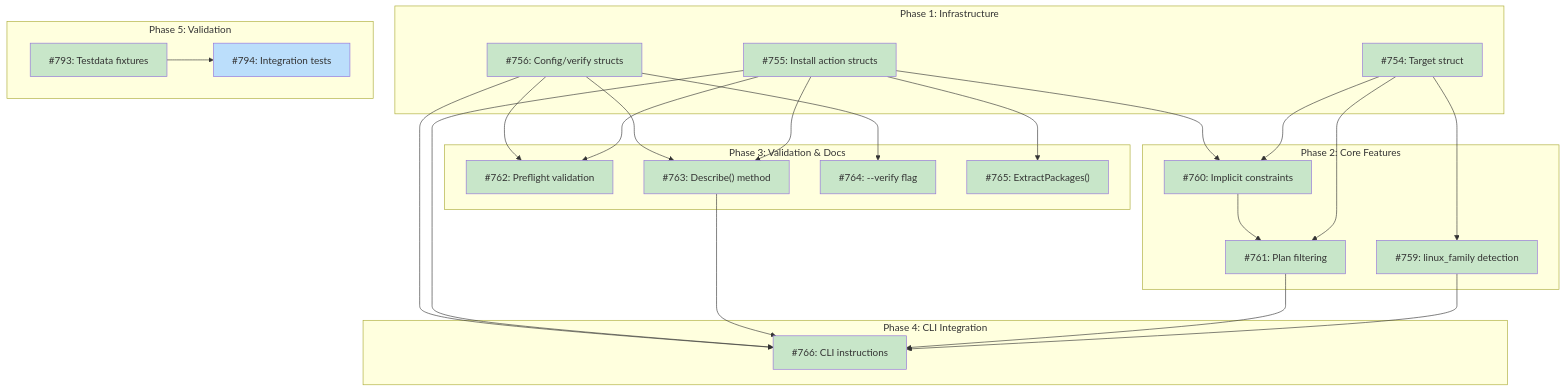
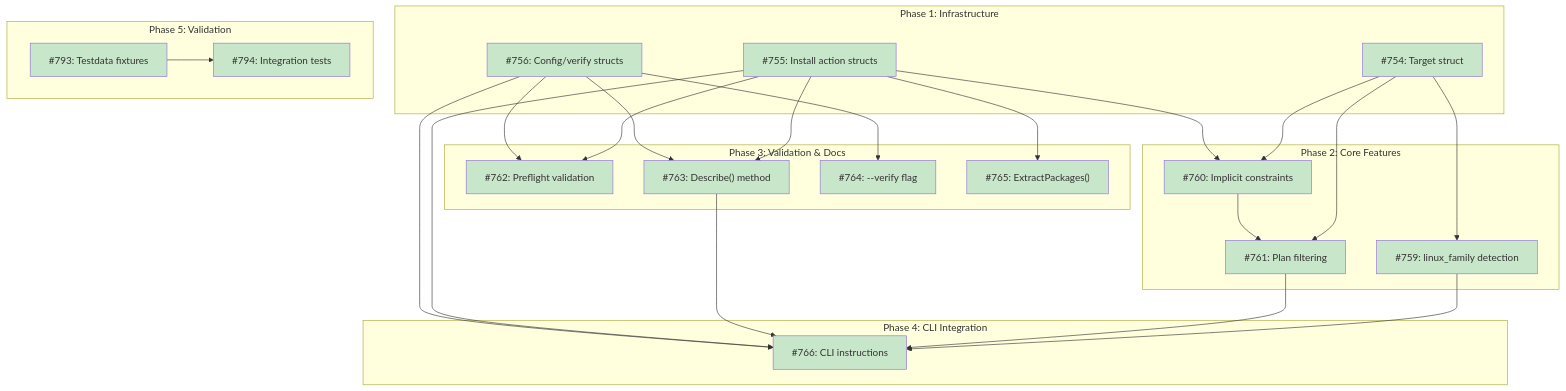
Before and after one commit to tsukumogami/tsuku: the diagram in docs/DESIGN-system-dependency-actions.md, drawn with Mermaid. The commit also changed 1 other file, not shown here.

Commit message:
test(cli): add integration tests for system dependency instruction display (#801)
Adds comprehensive integration tests that validate CLI system dependency
display functionality across different platform families using testdata
fixtures and the --target-family flag for platform-specific testing.

````diff
--- a/docs/DESIGN-system-dependency-actions.md
+++ b/docs/DESIGN-system-dependency-actions.md
@@ -29,56 +29,55 @@
 ```mermaid
 graph TD
     subgraph Phase1["Phase 1: Infrastructure"]
         I754["#754: Target struct"]
         I755["#755: Install action structs"]
         I756["#756: Config/verify structs"]
     end
 
     subgraph Phase2["Phase 2: Core Features"]
         I759["#759: linux_family detection"]
         I760["#760: Implicit constraints"]
         I761["#761: Plan filtering"]
     end
 
     subgraph Phase3["Phase 3: Validation & Docs"]
         I762["#762: Preflight validation"]
         I763["#763: Describe() method"]
         I764["#764: --verify flag"]
         I765["#765: ExtractPackages()"]
     end
 
     subgraph Phase4["Phase 4: CLI Integration"]
         I766["#766: CLI instructions"]
     end
 
     subgraph Phase5["Phase 5: Validation"]
         I793["#793: Testdata fixtures"]
         I794["#794: Integration tests"]
     end
 
     I754 --> I759
     I754 --> I760
     I755 --> I760
     I754 --> I761
     I760 --> I761
     I755 --> I762
     I756 --> I762
     I755 --> I763
     I756 --> I763
     I756 --> I764
     I755 --> I765
     I759 --> I766
     I761 --> I766
     I763 --> I766
     I755 --> I766
     I756 --> I766
     I793 --> I794
 
     classDef done fill:#c8e6c9
     classDef ready fill:#bbdefb
     classDef blocked fill:#fff9c4
     classDef needsDesign fill:#e1bee7
 
-    class I754,I755,I756,I759,I760,I761,I762,I763,I764,I765,I766,I793 done
-    class I794 ready
+    class I754,I755,I756,I759,I760,I761,I762,I763,I764,I765,I766,I793,I794 done
 ```
````
